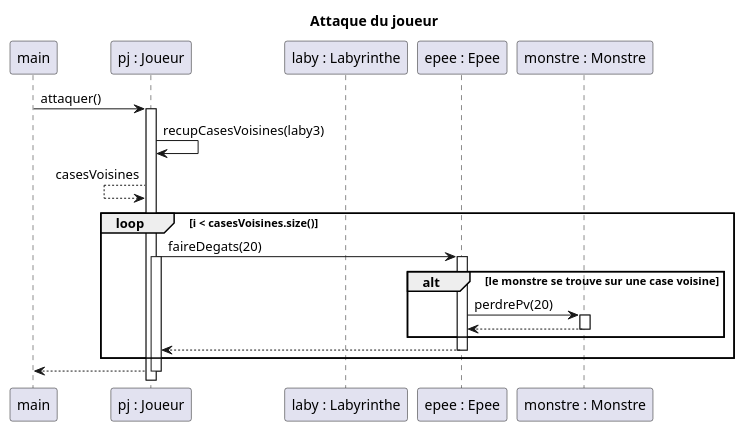
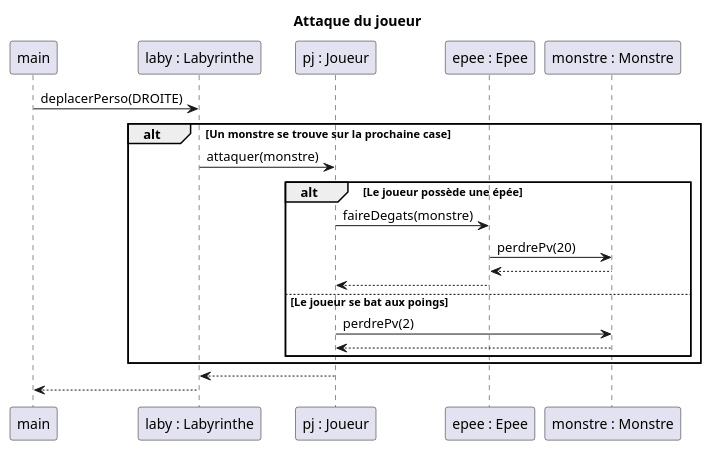
Before and after one commit to TanguyFox/2022_Zeldiablo_renard136u_seiler33u_serrier26u_arcelin1u: the diagram in documents/version_4/DiagSequenceAttaqueJoueur.puml, drawn with PlantUML. The commit also changed 1 other file, not shown here.

Commit message:
Diag sequence d'attaques

```diff
--- a/documents/version_4/DiagSequenceAttaqueJoueur.puml
+++ b/documents/version_4/DiagSequenceAttaqueJoueur.puml
@@ -1,39 +1,37 @@
 @startuml
 'https://plantuml.com/sequence-diagram
 
 title Attaque du joueur
 
 participant "main" as MAIN
+participant "laby : Labyrinthe" as L
 participant "pj : Joueur" as J
-participant "laby : Labyrinthe" as L
+
 participant "epee : Epee" as E
 participant "monstre : Monstre" as M
 
-MAIN -> J : attaquer()
-activate J
-J -> J : recupCasesVoisines(laby3)
-J <-- J : casesVoisines
 
+MAIN -> L : deplacerPerso(DROITE)
+alt Un monstre se trouve sur la prochaine case
+    L -> J : attaquer(monstre)
+    alt Le joueur possède une épée
+         J -> E : faireDegats(monstre)
+         E -> M : perdrePv(20)
+         M --> E
+         E --> J
+    else Le joueur se bat aux poings
+        J-> M : perdrePv(2)
+        M --> J
+    end
+end
 
-loop i < casesVoisines.size()
-J -> E : faireDegats(20)
-activate J
-activate E
-        alt le monstre se trouve sur une case voisine
-         E -> M : perdrePv(20)
-         activate M
-         M --> E
-         deactivate M
-        end alt
-E --> J
-deactivate E
-end loop
+J-->L
+
+L --> MAIN
 
 
 
 
-J --> MAIN
-deactivate J
 
 
 @enduml
```
